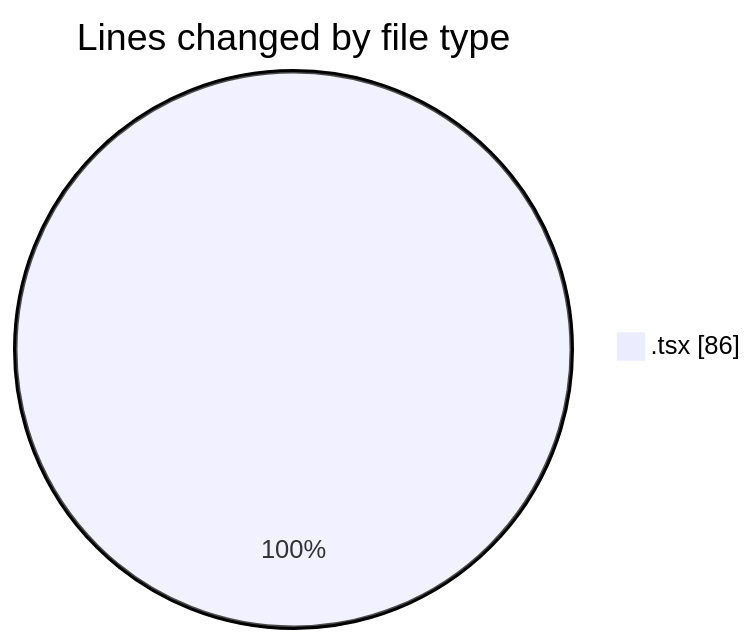
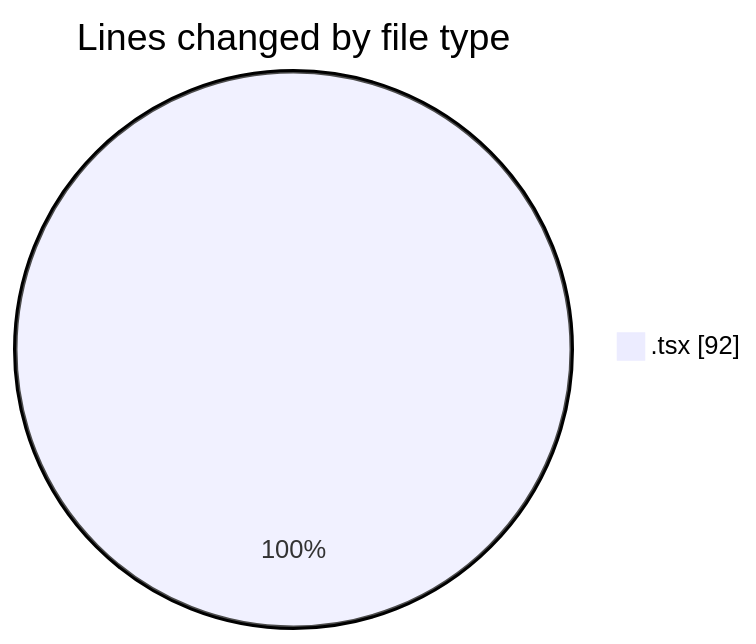
The first of 2 diagrams in 2025-11-11/diba-view/README.md (momahboobian/code-tracking), drawn with Mermaid before and after one commit. The commit also changed other lines of this file and 1 other file, not shown here.

````diff
--- a/2025-11-11/diba-view/README.md
+++ b/2025-11-11/diba-view/README.md
@@ -20,5 +21,5 @@
 ```mermaid
 pie showData
 title Lines changed by file type
-".tsx" : 86
+".tsx" : 92
 ```
````
